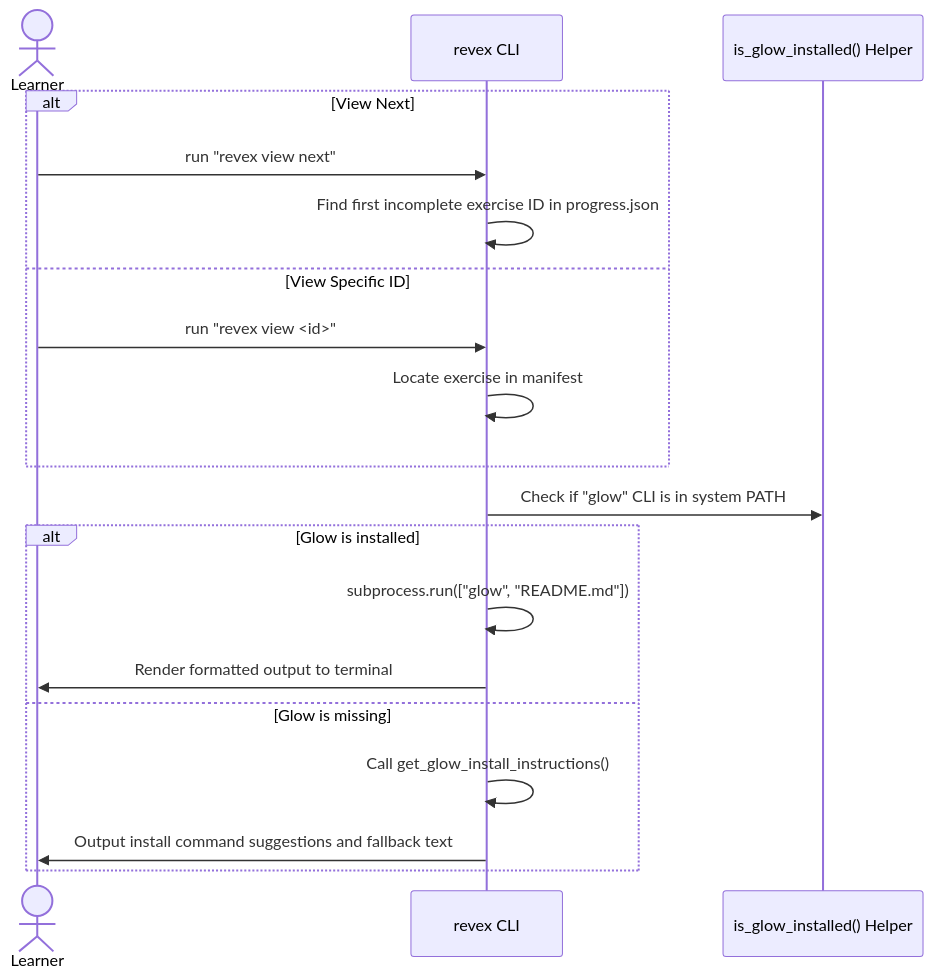
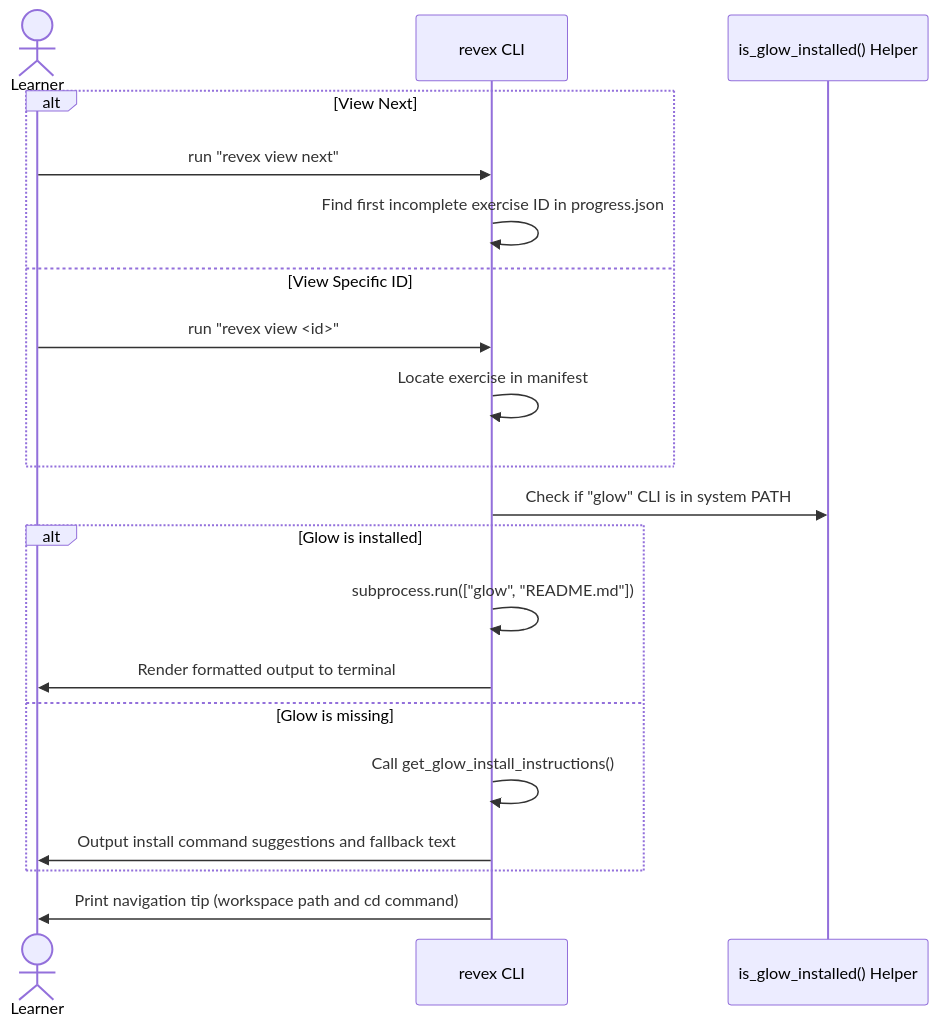
The fourth of 4 diagrams in src/revex/docs/cli.md (kiskaadee/type-hints), drawn with Mermaid before and after one commit. The commit also changed other lines of this file and 13 other files, not shown here.

````diff
--- a/src/revex/docs/cli.md
+++ b/src/revex/docs/cli.md
@@ -88,23 +88,24 @@
 ```mermaid
 sequenceDiagram
     actor Learner
     participant CLI as revex CLI
     participant Util as is_glow_installed() Helper
     
     alt View Next
         Learner->>CLI: run "revex view next"
         CLI->>CLI: Find first incomplete exercise ID in progress.json
     else View Specific ID
         Learner->>CLI: run "revex view <id>"
         CLI->>CLI: Locate exercise in manifest
     end
     
     CLI->>Util: Check if "glow" CLI is in system PATH
     alt Glow is installed
         CLI->>CLI: subprocess.run(["glow", "README.md"])
         CLI->>Learner: Render formatted output to terminal
     else Glow is missing
         CLI->>CLI: Call get_glow_install_instructions()
         CLI->>Learner: Output install command suggestions and fallback text
     end
+    CLI->>Learner: Print navigation tip (workspace path and cd command)
 ```
````
